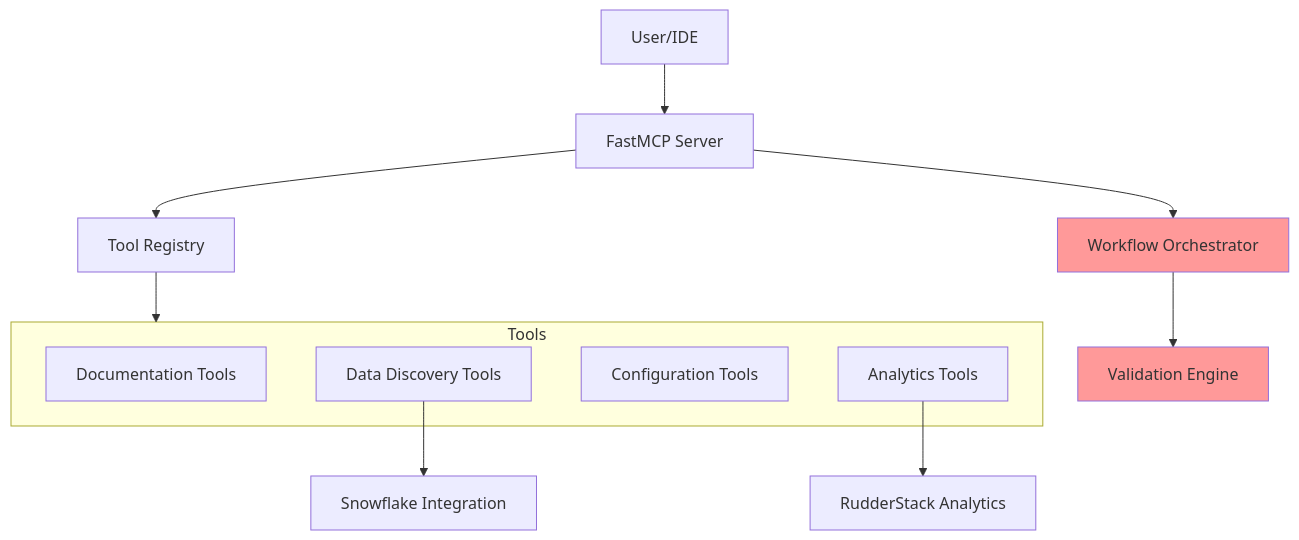
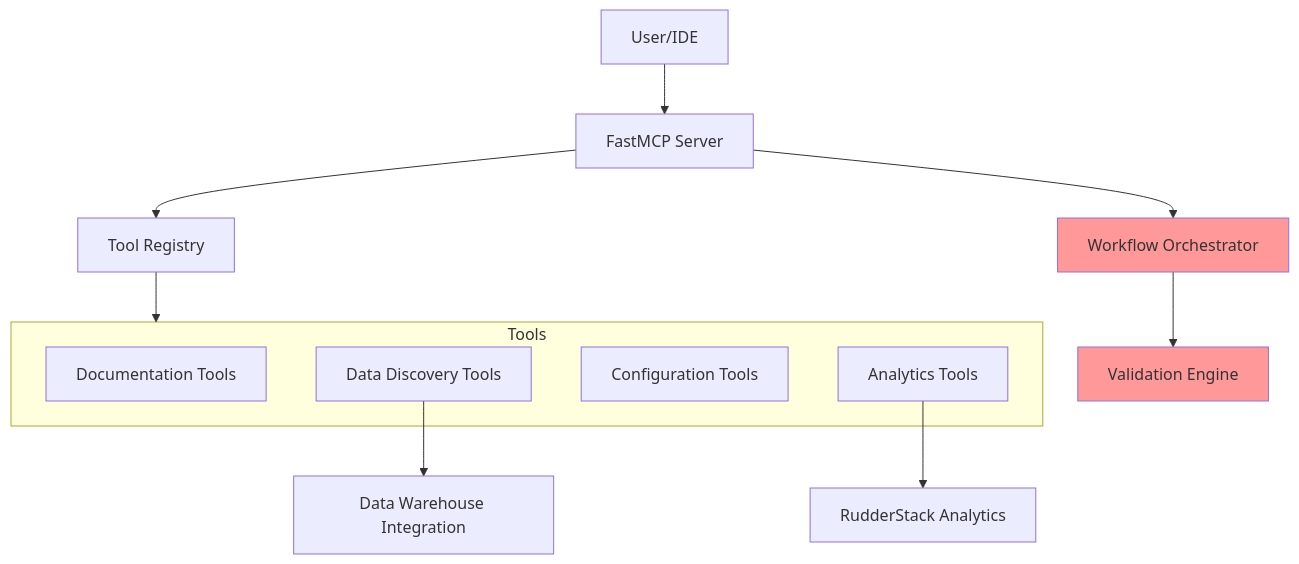
Before and after one commit to rudderlabs/profiles-mcp: the first of 8 diagrams in memory-bank/architecture_overview.md, drawn with Mermaid. The commit also changed other lines of this file and 9 other files, not shown here.

````diff
--- a/memory-bank/architecture_overview.md
+++ b/memory-bank/architecture_overview.md
@@ -20,21 +20,21 @@
 ```mermaid
 flowchart TD
     A[User/IDE] --> B[FastMCP Server]
     B --> C[Workflow Orchestrator]
     B --> D[Tool Registry]
 
     subgraph Tools
         E[Documentation Tools]
         F[Data Discovery Tools]
         G[Configuration Tools]
         H[Analytics Tools]
     end
 
     D --> Tools
     C --> I[Validation Engine]
-    F --> J[Snowflake Integration]
+    F --> J[Data Warehouse Integration]
     H --> K[RudderStack Analytics]
 
     style C fill:#ff9999
     style I fill:#ff9999
 ```
````
